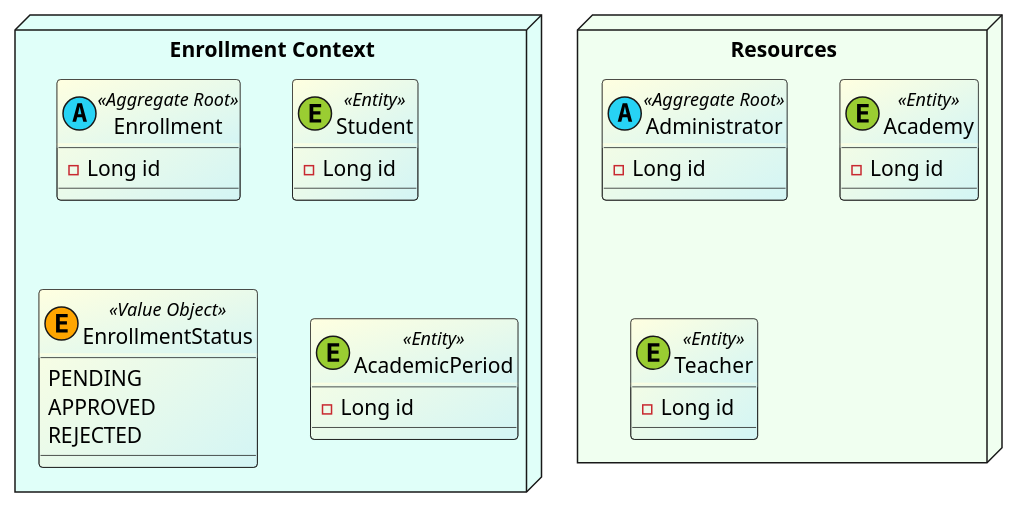
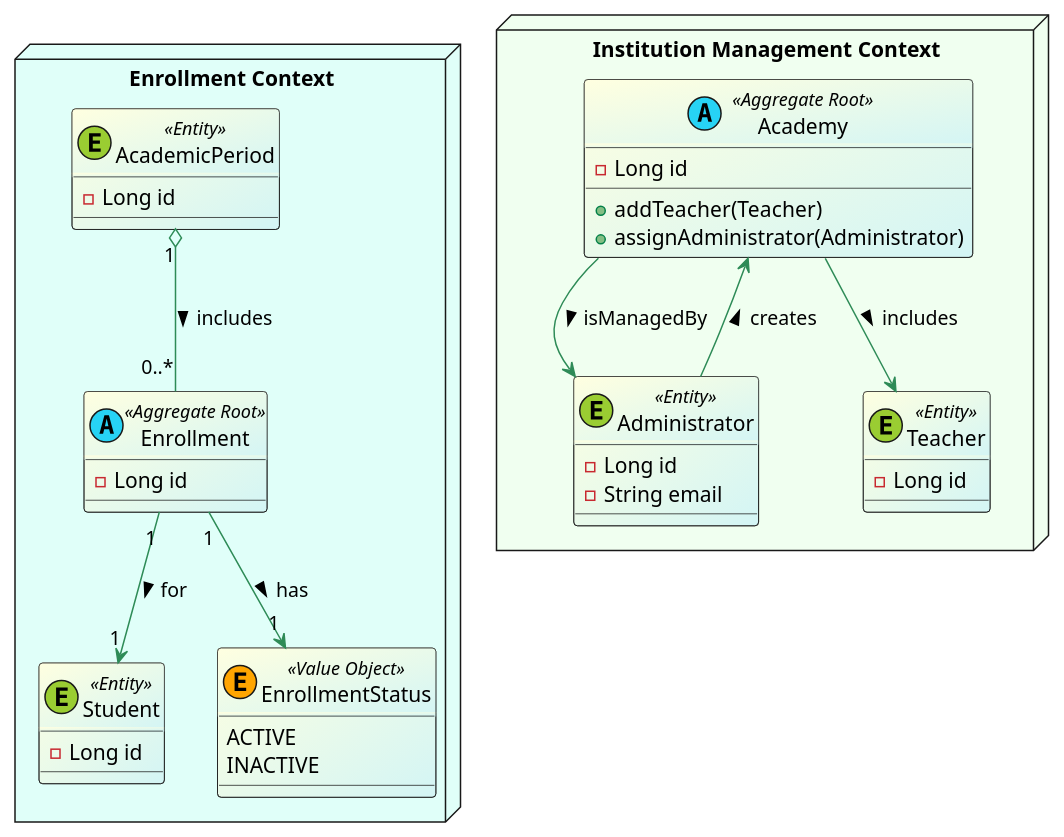
The diagram in docs/domain-diagram.puml (demy-project/api), drawn with PlantUML before and after one commit.

Commit message:
docs: update domain diagram to reflect changes in EnrollmentStatus and restructure Institution Management Context

```diff
--- a/docs/domain-diagram.puml
+++ b/docs/domain-diagram.puml
@@ -1,37 +1,48 @@
 @startuml Demy Domain Diagram
 
 skinparam class {
     BackgroundColor LightYellow/D3F5F5
     ArrowColor SeaGreen
 }
 
 package "Enrollment Context" <<Node>> #E0FFF9 {
     class Enrollment <<(A, #27D3F5) Aggregate Root>> {
         - Long id
     }
     class Student <<(E, #9ACD32) Entity>> {
         - Long id
     }
     enum EnrollmentStatus <<(E, #FFA500) Value Object>> {
-        PENDING
-        APPROVED
-        REJECTED
+        ACTIVE
+        INACTIVE
     }
     class AcademicPeriod <<(E, #9ACD32) Entity>> {
         - Long id
     }
+    ' Relationships
+    Enrollment "1" --> "1" Student : for >
+    AcademicPeriod "1" o-- "0..*" Enrollment : includes >
+    Enrollment "1" --> "1" EnrollmentStatus : has >
 }
 
-package "Resources" <<Node>> #F0FFF0 {
-    class Administrator <<(A, #27D3F5) Aggregate Root>> {
+package "Institution Management Context" <<Node>> #F0FFF0 {
+    class Academy <<(A, #27D3F5) Aggregate Root>> {
         - Long id
+        + addTeacher(Teacher)
+        + assignAdministrator(Administrator)
     }
-    class Academy <<(E, #9ACD32) Entity>> {
+    class Administrator <<(E, #9ACD32) Entity>> {
         - Long id
+        - String email
     }
+
     class Teacher <<(E, #9ACD32) Entity>> {
         - Long id
     }
+    ' Relationships
+    Administrator --> Academy : creates >
+    Academy --> Administrator : isManagedBy >
+    Academy --> Teacher : includes >
 }
 
 @enduml
```
